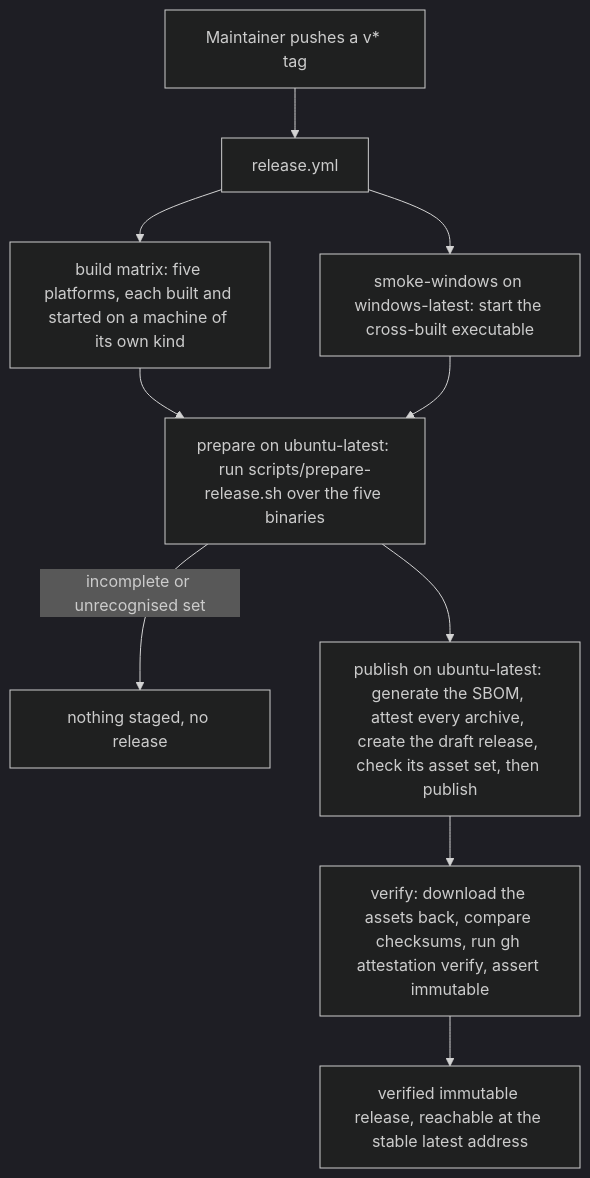
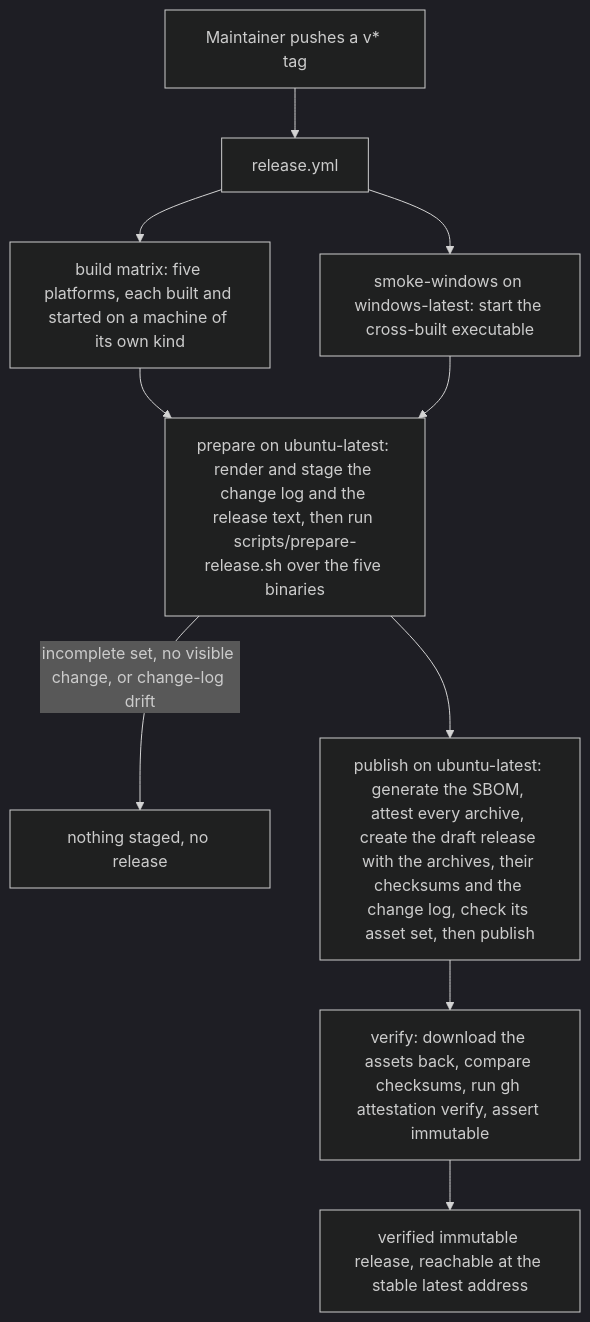
One commit to duty2cal/duty2cal changed the fourth of 6 diagrams in docs/arc42/06-runtime-view.md. Above: the diagram before and after it, drawn with Mermaid (dark theme). The commit also changed other lines of this file and 11 other files, not shown here.

````diff
--- a/docs/arc42/06-runtime-view.md
+++ b/docs/arc42/06-runtime-view.md
@@ -93,12 +93,12 @@
 ```mermaid
 flowchart TB
   tag["Maintainer pushes a v* tag"] --> rel["release.yml"]
   rel --> build["build matrix: five platforms, each built and started on a machine of its own kind"]
   rel --> smoke["smoke-windows on windows-latest: start the cross-built executable"]
-  build --> prep["prepare on ubuntu-latest: run scripts/prepare-release.sh over the five binaries"]
+  build --> prep["prepare on ubuntu-latest: render and stage the change log and the release text, then run scripts/prepare-release.sh over the five binaries"]
   smoke --> prep
-  prep -->|"incomplete or unrecognised set"| nostage["nothing staged, no release"]
-  prep --> pub["publish on ubuntu-latest: generate the SBOM, attest every archive, create the draft release, check its asset set, then publish"]
+  prep -->|"incomplete set, no visible change, or change-log drift"| nostage["nothing staged, no release"]
+  prep --> pub["publish on ubuntu-latest: generate the SBOM, attest every archive, create the draft release with the archives, their checksums and the change log, check its asset set, then publish"]
   pub --> ver["verify: download the assets back, compare checksums, run gh attestation verify, assert immutable"]
   ver --> done["verified immutable release, reachable at the stable latest address"]
 ```
````
